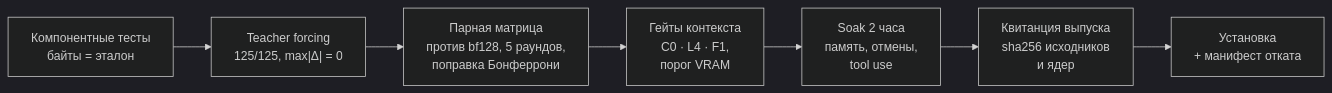
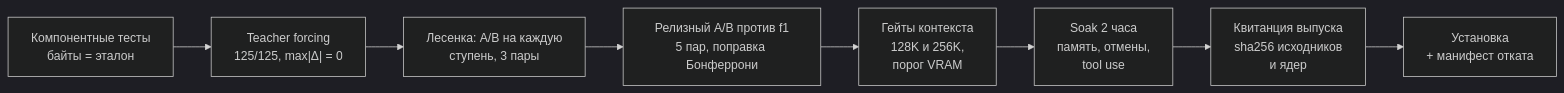
The fourth of 4 diagrams in README.md (SUKUNA-AI/qwen36-moe-16gb), drawn with Mermaid (dark theme) before and after one commit. The commit also changed other lines of this file and 25 other files, not shown here.

````diff
--- a/README.md
+++ b/README.md
@@ -286,9 +542,10 @@
 ```mermaid
 flowchart LR
     k["Компонентные тесты<br/>байты = эталон"] --> tf["Teacher forcing<br/>125/125, max|Δ| = 0"]
-    tf --> ab["Парная матрица<br/>против bf128, 5 раундов,<br/>поправка Бонферрони"]
-    ab --> gates["Гейты контекста<br/>C0 · L4 · F1,<br/>порог VRAM"]
+    tf --> lad["Лесенка: A/B на каждую<br/>ступень, 3 пары"]
+    lad --> ab["Релизный A/B против f1<br/>5 пар, поправка Бонферрони"]
+    ab --> gates["Гейты контекста<br/>128K и 256K,<br/>порог VRAM"]
     gates --> soak["Soak 2 часа<br/>память, отмены,<br/>tool use"]
     soak --> rel["Квитанция выпуска<br/>sha256 исходников<br/>и ядер"]
     rel --> inst["Установка<br/>+ манифест отката"]
 ```
````
